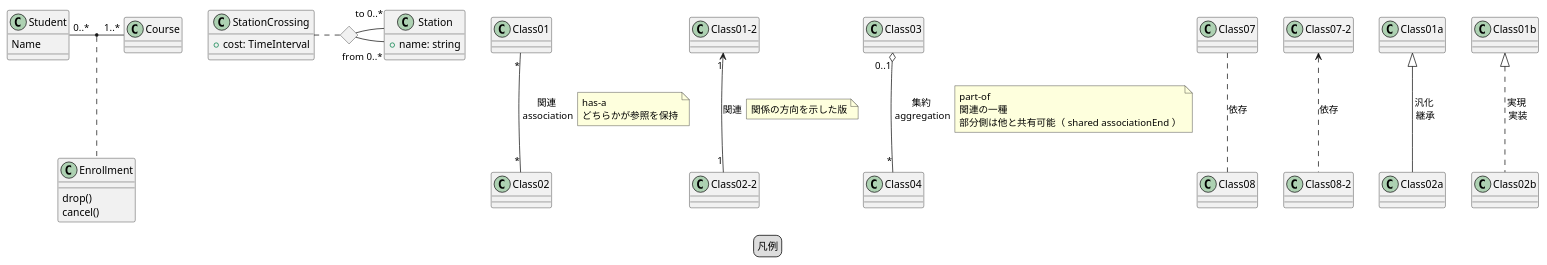
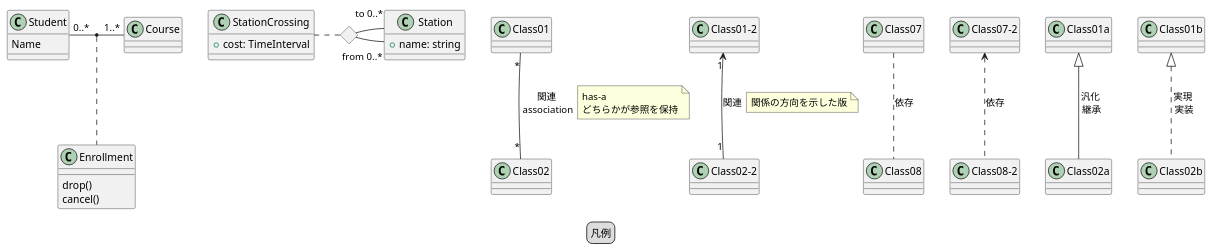
Before and after one commit to peregrin8alde/learn-ossdb-gold: the diagram in site/content/ja/docs/Appendix/uml/class/puml/legend/classe-legends.puml, drawn with PlantUML. The commit also changed 6 other files, not shown here.

```diff
--- a/site/content/ja/docs/Appendix/uml/class/puml/legend/classe-legends.puml
+++ b/site/content/ja/docs/Appendix/uml/class/puml/legend/classe-legends.puml
@@ -1,65 +1,59 @@
 @startuml
 /'
 "Class01" <|-- "Class02"
 "Class03" *-- "Class04"
 "Class05" o-- "Class06"
 "Class07" .. "Class08"
 "Class09" -- "Class10"
 '/
 legend
 凡例
 endlegend
 
 "Class01" "*" -- "*" "Class02" : "関連\n association"
 note right on link
 has-a
 どちらかが参照を保持
 end note
 
 "Class01-2" "1" <-- "1" "Class02-2" : "関連"
 note right on link
 関係の方向を示した版
 end note
 
-"Class03" "0..1" o-- "*" "Class04" : "集約\n aggregation"
-note right on link
-part-of
-関連の一種
-部分側は他と共有可能（ shared associationEnd ）
-end note
 
 "Class07" .. "Class08" : "依存"
 "Class07-2" <.. "Class08-2" : "依存"
 "Class01a" <|-- "Class02a" : "汎化\n 継承"
 "Class01b" <|.. "Class02b" : "実現\n 実装"
 
 /'
 関連クラス
 '/
 class Student {
   Name
 }
 Student "0..*" - "1..*" Course
   (Student, Course) .. Enrollment
   class Enrollment {
   drop()
   cancel()
 }
 
 /'
 複数関連
 '/
 class Station {
   +name: string
 }
 class StationCrossing {
   +cost: TimeInterval
 }
 <> diamond
 StationCrossing . diamond
 diamond - "from 0..*" Station
 diamond - "to 0..* " Station
 
 
 
 @enduml
```
